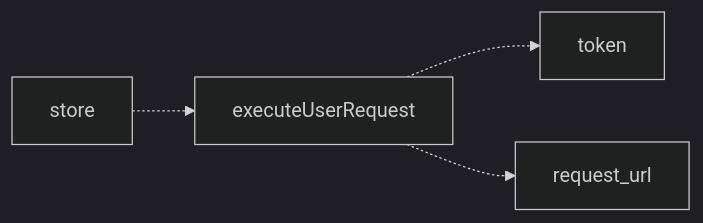
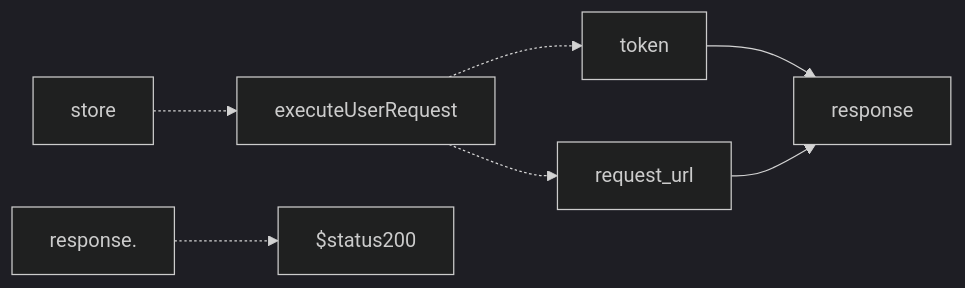
Before and after one commit to gordianknotC/nxp_note: diagram 12 of 13 in newage/astro.md, drawn with Mermaid (dark theme). The commit also changed other lines of this file, not shown here.

Commit message:
newage/astro.md updated from https://stackedit.io/

````diff
--- a/newage/astro.md
+++ b/newage/astro.md
@@ -197,8 +197,11 @@
 ```mermaid
 graph LR
 store -.-> executeUserRequest
 executeUserRequest -.-> token
 executeUserRequest -.-> request_url
+token --> response
+request_url --> response
 
+response. -.-> $status200
 
 ```
````
